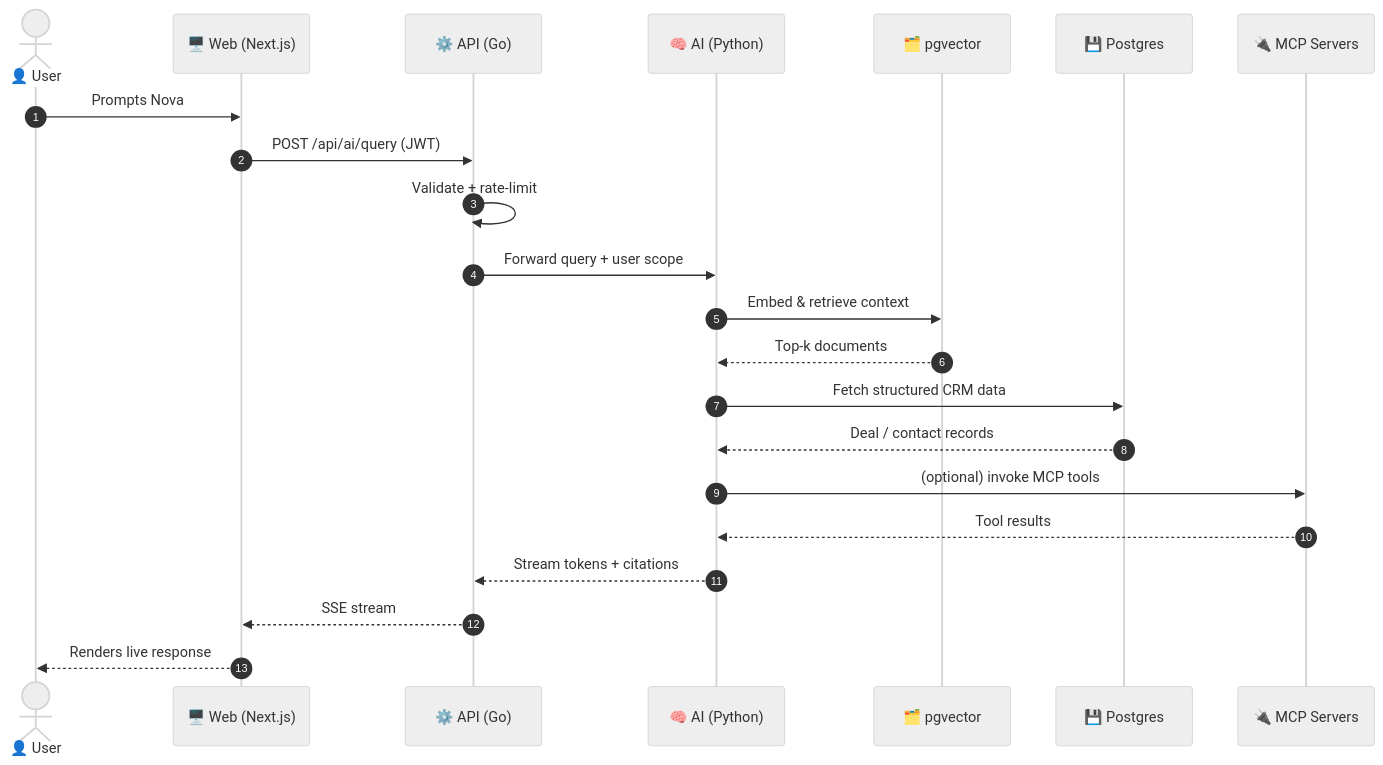
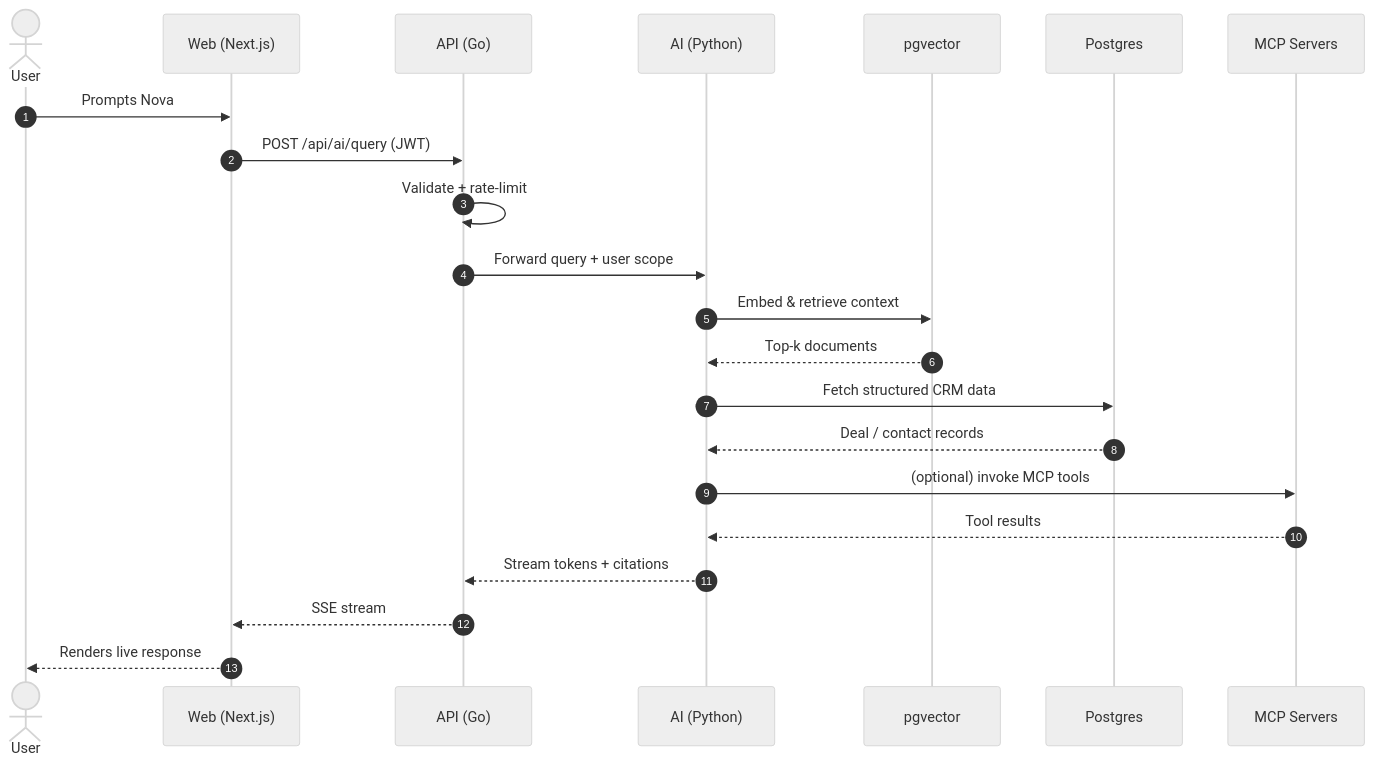
Before and after one commit to priyangshu24/Orion: the second of 4 diagrams in README.md, drawn with Mermaid (neutral theme). The commit also changed other lines of this file and 15 other files, not shown here.

````diff
--- a/README.md
+++ b/README.md
@@ -191,25 +222,25 @@
 ```mermaid
 sequenceDiagram
     autonumber
-    actor U as 👤 User
-    participant W as 🖥️ Web (Next.js)
-    participant A as ⚙️ API (Go)
-    participant N as 🧠 AI (Python)
-    participant V as 🗂️ pgvector
-    participant D as 💾 Postgres
-    participant M as 🔌 MCP Servers
+    actor U as User
+    participant W as Web (Next.js)
+    participant A as API (Go)
+    participant N as AI (Python)
+    participant V as pgvector
+    participant D as Postgres
+    participant M as MCP Servers
 
     U->>W: Prompts Nova
     W->>A: POST /api/ai/query (JWT)
     A->>A: Validate + rate-limit
     A->>N: Forward query + user scope
     N->>V: Embed & retrieve context
     V-->>N: Top-k documents
     N->>D: Fetch structured CRM data
     D-->>N: Deal / contact records
     N->>M: (optional) invoke MCP tools
     M-->>N: Tool results
     N-->>A: Stream tokens + citations
     A-->>W: SSE stream
     W-->>U: Renders live response
 ```
````
